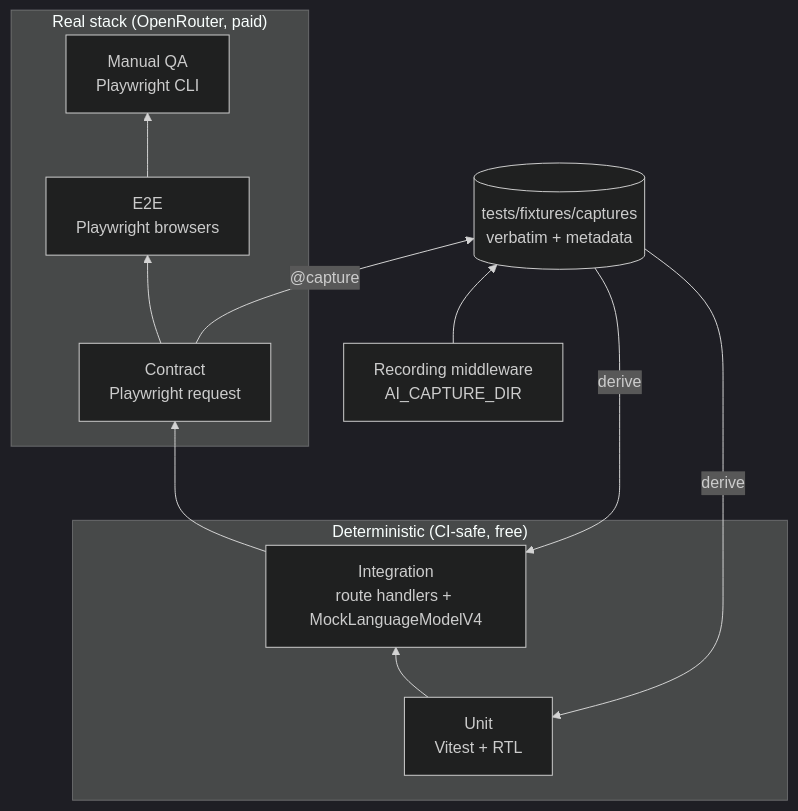
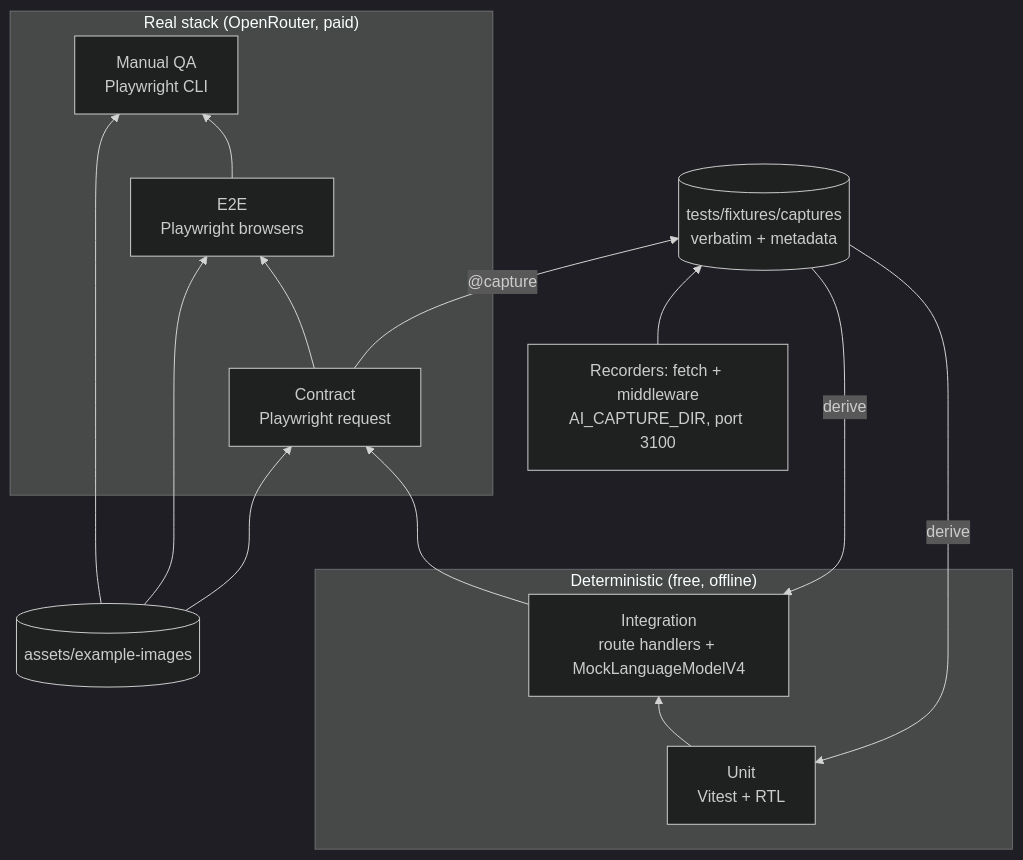
The first of 3 diagrams in docs/ADR/005-testing.md (LucasMatuszewski/jsystems-claude-code-2026-10), drawn with Mermaid (dark theme) before and after one commit. The commit also changed other lines of this file and 3 other files, not shown here.

````diff
--- a/docs/ADR/005-testing.md
+++ b/docs/ADR/005-testing.md
@@ -201,18 +227,22 @@
 ```mermaid
 flowchart BT
-    subgraph Deterministic["Deterministic (CI-safe, free)"]
+    subgraph Deterministic["Deterministic (free, offline)"]
         U[Unit<br/>Vitest + RTL]
         I[Integration<br/>route handlers + MockLanguageModelV4]
     end
     subgraph Real["Real stack (OpenRouter, paid)"]
         C[Contract<br/>Playwright request]
         E[E2E<br/>Playwright browsers]
         M[Manual QA<br/>Playwright CLI]
     end
+    IMG[(assets/example-images)]
     CAP[(tests/fixtures/captures<br/>verbatim + metadata)]
+    REC[Recorders: fetch + middleware<br/>AI_CAPTURE_DIR, port 3100] --> CAP
     C -- "@capture" --> CAP
-    REC[Recording middleware<br/>AI_CAPTURE_DIR] --> CAP
     CAP -- derive --> I
     CAP -- derive --> U
+    IMG --> C
+    IMG --> E
+    IMG --> M
     U --> I --> C --> E --> M
 ```
````
